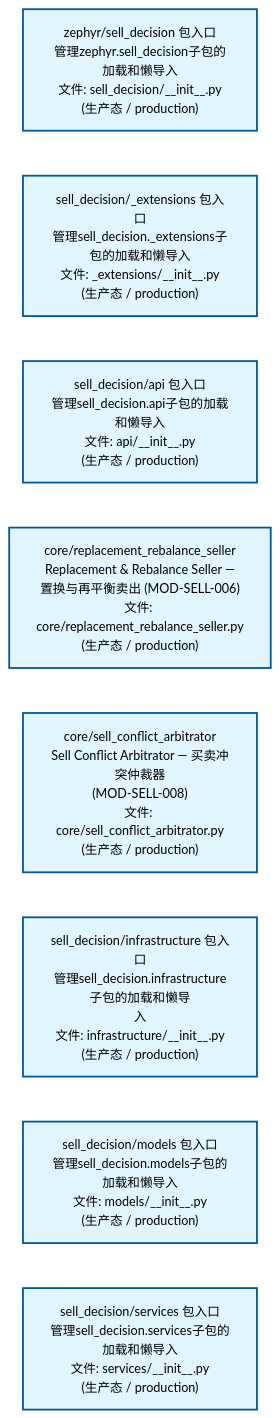
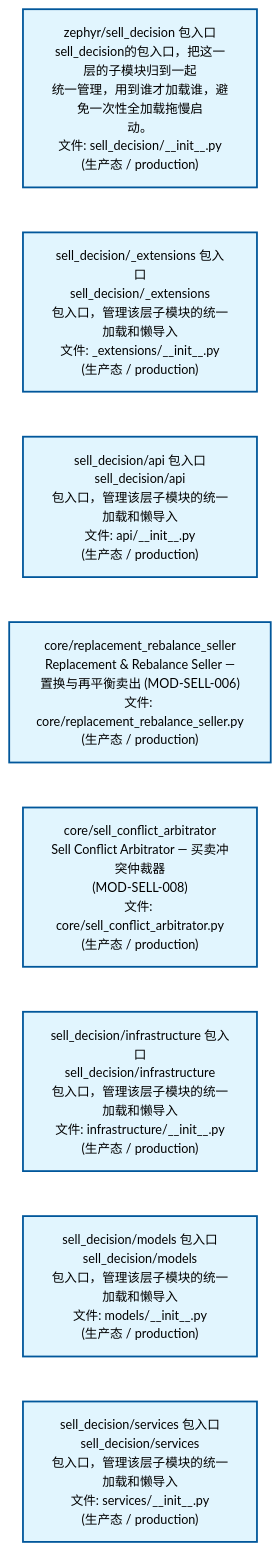
One commit to xuanFelixVan/ZephyrAlpha changed the second of 4 diagrams in docs/02_enterprise_architecture/02_domain_architecture_docs/67_d_sell_decision.md. Above: the diagram before and after it, drawn with Mermaid. The commit also changed other lines of this file and 58 other files, not shown here.

````diff
--- a/docs/02_enterprise_architecture/02_domain_architecture_docs/67_d_sell_decision.md
+++ b/docs/02_enterprise_architecture/02_domain_architecture_docs/67_d_sell_decision.md
@@ -134,24 +134,24 @@
 ```mermaid
 %%{init: {'theme': 'base', 'themeVariables': {'primaryColor': '#eaeaea', 'primaryTextColor': '#333333', 'primaryBorderColor': '#666666', 'lineColor': '#666666', 'secondaryColor': '#eaeaea', 'tertiaryColor': '#eaeaea', 'fontSize': '14px'}}}%%
 flowchart TD
-    src_zephyr_sell_decision_init_py["zephyr/sell_decision 包入口<br/>管理zephyr.sell_decision子包的加载和懒导入<br/>文件: sell_decision/__init__.py<br/>(生产态 / production)"]
-    src_zephyr_sell_decision_extensions_init_py["sell_decision/_extensions 包入口<br/>管理sell_decision._extensions子包的加载和懒导入<br/>文件: _extensions/__init__.py<br/>(生产态 / production)"]
-    src_zephyr_sell_decision_api_init_py["sell_decision/api 包入口<br/>管理sell_decision.api子包的加载和懒导入<br/>文件: api/__init__.py<br/>(生产态 / production)"]
+    src_zephyr_sell_decision_init_py["zephyr/sell_decision 包入口<br/>sell_decision的包入口，把这一层的子模块归到一起<br/>统一管理，用到谁才加载谁，避免一次性全加载拖慢启<br/>动。<br/>文件: sell_decision/__init__.py<br/>(生产态 / production)"]
+    src_zephyr_sell_decision_extensions_init_py["sell_decision/_extensions 包入口<br/>sell_decision/_extensions<br/>包入口，管理该层子模块的统一加载和懒导入<br/>文件: _extensions/__init__.py<br/>(生产态 / production)"]
+    src_zephyr_sell_decision_api_init_py["sell_decision/api 包入口<br/>sell_decision/api<br/>包入口，管理该层子模块的统一加载和懒导入<br/>文件: api/__init__.py<br/>(生产态 / production)"]
     src_zephyr_sell_decision_core_replacement_rebalance_seller_py["core/replacement_rebalance_seller<br/>Replacement & Rebalance Seller —<br/>置换与再平衡卖出 (MOD-SELL-006)<br/>文件: core/replacement_rebalance_seller.py<br/>(生产态 / production)"]
     src_zephyr_sell_decision_core_sell_conflict_arbitrator_py["core/sell_conflict_arbitrator<br/>Sell Conflict Arbitrator — 买卖冲突仲裁器<br/>(MOD-SELL-008)<br/>文件: core/sell_conflict_arbitrator.py<br/>(生产态 / production)"]
-    src_zephyr_sell_decision_infrastructure_init_py["sell_decision/infrastructure 包入口<br/>管理sell_decision.infrastructure子包的加载和懒导<br/>入<br/>文件: infrastructure/__init__.py<br/>(生产态 / production)"]
-    src_zephyr_sell_decision_models_init_py["sell_decision/models 包入口<br/>管理sell_decision.models子包的加载和懒导入<br/>文件: models/__init__.py<br/>(生产态 / production)"]
-    src_zephyr_sell_decision_services_init_py["sell_decision/services 包入口<br/>管理sell_decision.services子包的加载和懒导入<br/>文件: services/__init__.py<br/>(生产态 / production)"]
+    src_zephyr_sell_decision_infrastructure_init_py["sell_decision/infrastructure 包入口<br/>sell_decision/infrastructure<br/>包入口，管理该层子模块的统一加载和懒导入<br/>文件: infrastructure/__init__.py<br/>(生产态 / production)"]
+    src_zephyr_sell_decision_models_init_py["sell_decision/models 包入口<br/>sell_decision/models<br/>包入口，管理该层子模块的统一加载和懒导入<br/>文件: models/__init__.py<br/>(生产态 / production)"]
+    src_zephyr_sell_decision_services_init_py["sell_decision/services 包入口<br/>sell_decision/services<br/>包入口，管理该层子模块的统一加载和懒导入<br/>文件: services/__init__.py<br/>(生产态 / production)"]
     src_zephyr_sell_decision_init_py ~~~ src_zephyr_sell_decision_extensions_init_py
     src_zephyr_sell_decision_extensions_init_py ~~~ src_zephyr_sell_decision_api_init_py
     src_zephyr_sell_decision_api_init_py ~~~ src_zephyr_sell_decision_core_replacement_rebalance_seller_py
     src_zephyr_sell_decision_core_replacement_rebalance_seller_py ~~~ src_zephyr_sell_decision_core_sell_conflict_arbitrator_py
     src_zephyr_sell_decision_core_sell_conflict_arbitrator_py ~~~ src_zephyr_sell_decision_infrastructure_init_py
     src_zephyr_sell_decision_infrastructure_init_py ~~~ src_zephyr_sell_decision_models_init_py
     src_zephyr_sell_decision_models_init_py ~~~ src_zephyr_sell_decision_services_init_py
     classDef production fill:#e1f5fe,stroke:#01579b,stroke-width:2px,color:#000
     classDef design fill:#fff3e0,stroke:#e65100,stroke-width:2px,color:#000,stroke-dasharray: 5 5
     classDef external_prod fill:#e8f4fd,stroke:#0277bd,stroke-width:1px,color:#000
     classDef external_design fill:#fff8e7,stroke:#ef6c00,stroke-width:1px,color:#000,stroke-dasharray: 5 5
     class src_zephyr_sell_decision_init_py,src_zephyr_sell_decision_extensions_init_py,src_zephyr_sell_decision_api_init_py,src_zephyr_sell_decision_core_replacement_rebalance_seller_py,src_zephyr_sell_decision_core_sell_conflict_arbitrator_py,src_zephyr_sell_decision_infrastructure_init_py,src_zephyr_sell_decision_models_init_py,src_zephyr_sell_decision_services_init_py production
 ```
````
